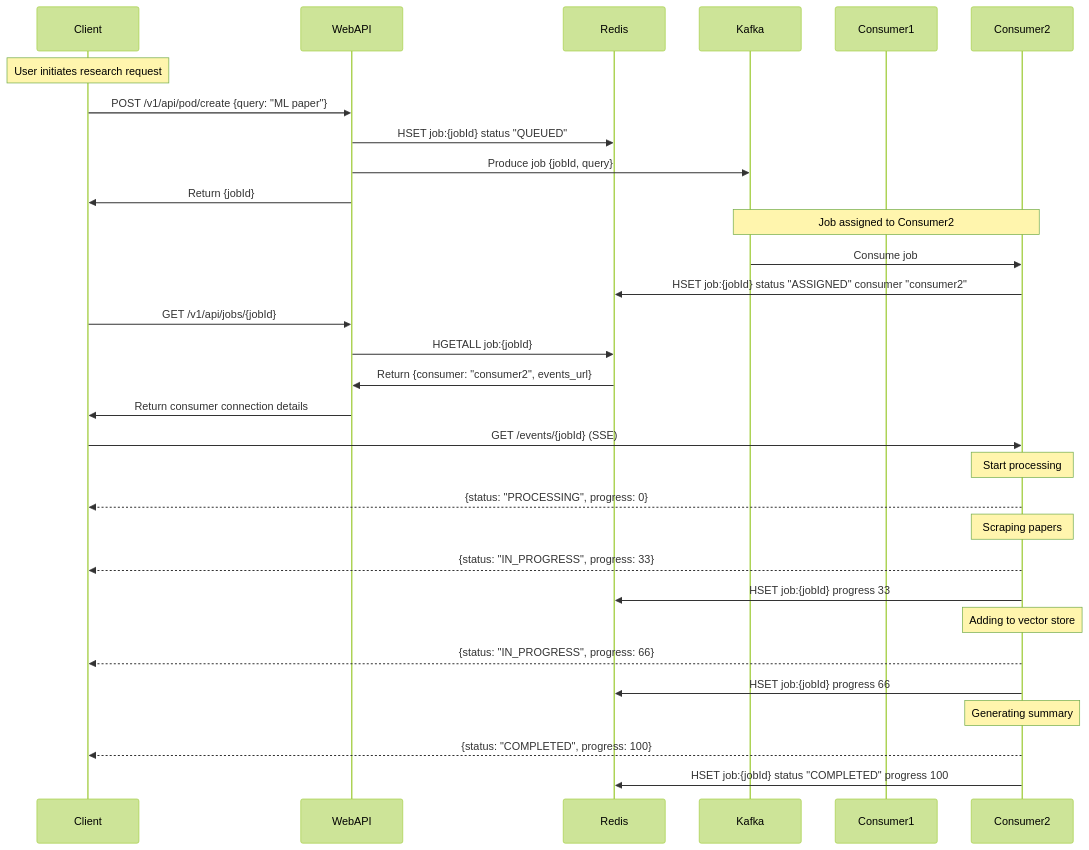
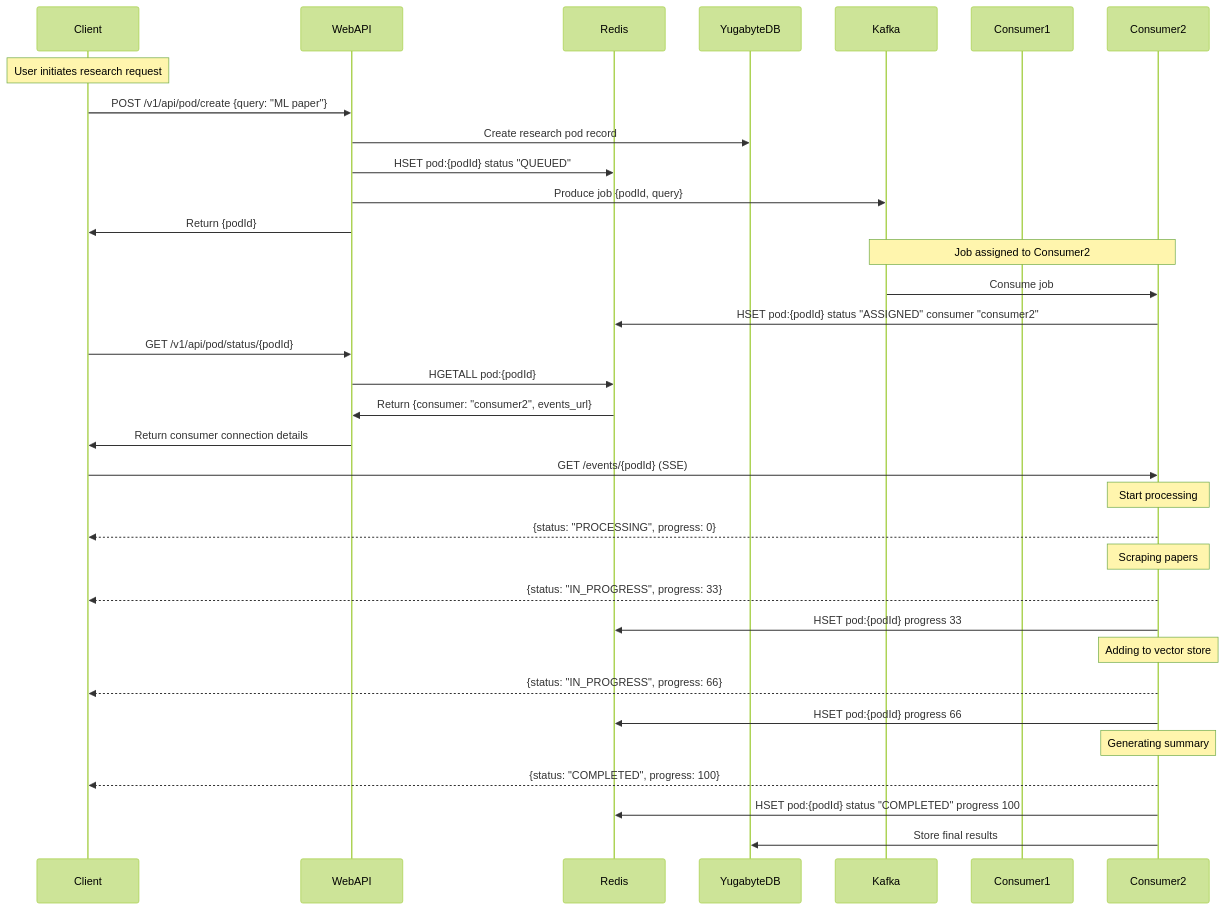
Before and after one commit to richardr1126/research-pod-api: the third of 3 diagrams in README.md, drawn with Mermaid (forest theme). The commit also changed other lines of this file and 22 other files, not shown here.

````diff
--- a/README.md
+++ b/README.md
@@ -78,37 +87,40 @@
 ```mermaid
 sequenceDiagram
    participant Client
    participant WebAPI
    participant Redis
+   participant YugabyteDB
    participant Kafka
    participant Consumer1
    participant Consumer2
    
    Note over Client: User initiates research request
    Client->>WebAPI: POST /v1/api/pod/create {query: "ML paper"}
-   WebAPI->>Redis: HSET job:{jobId} status "QUEUED"
-   WebAPI->>Kafka: Produce job {jobId, query}
-   WebAPI->>Client: Return {jobId}
+   WebAPI->>YugabyteDB: Create research pod record
+   WebAPI->>Redis: HSET pod:{podId} status "QUEUED"
+   WebAPI->>Kafka: Produce job {podId, query}
+   WebAPI->>Client: Return {podId}
    
    Note over Kafka,Consumer2: Job assigned to Consumer2
    Kafka->>Consumer2: Consume job
-   Consumer2->>Redis: HSET job:{jobId} status "ASSIGNED" consumer "consumer2"
+   Consumer2->>Redis: HSET pod:{podId} status "ASSIGNED" consumer "consumer2"
    
-   Client->>WebAPI: GET /v1/api/jobs/{jobId}
-   WebAPI->>Redis: HGETALL job:{jobId}
+   Client->>WebAPI: GET /v1/api/pod/status/{podId}
+   WebAPI->>Redis: HGETALL pod:{podId}
    Redis->>WebAPI: Return {consumer: "consumer2", events_url}
    WebAPI->>Client: Return consumer connection details
    
-   Client->>Consumer2: GET /events/{jobId} (SSE)
+   Client->>Consumer2: GET /events/{podId} (SSE)
    Note over Consumer2: Start processing
    Consumer2-->>Client: {status: "PROCESSING", progress: 0}
    Note over Consumer2: Scraping papers
    Consumer2-->>Client: {status: "IN_PROGRESS", progress: 33}
-   Consumer2->>Redis: HSET job:{jobId} progress 33
+   Consumer2->>Redis: HSET pod:{podId} progress 33
    Note over Consumer2: Adding to vector store
    Consumer2-->>Client: {status: "IN_PROGRESS", progress: 66}
-   Consumer2->>Redis: HSET job:{jobId} progress 66
+   Consumer2->>Redis: HSET pod:{podId} progress 66
    Note over Consumer2: Generating summary
    Consumer2-->>Client: {status: "COMPLETED", progress: 100}
-   Consumer2->>Redis: HSET job:{jobId} status "COMPLETED" progress 100
+   Consumer2->>Redis: HSET pod:{podId} status "COMPLETED" progress 100
+   Consumer2->>YugabyteDB: Store final results
 ```
````
